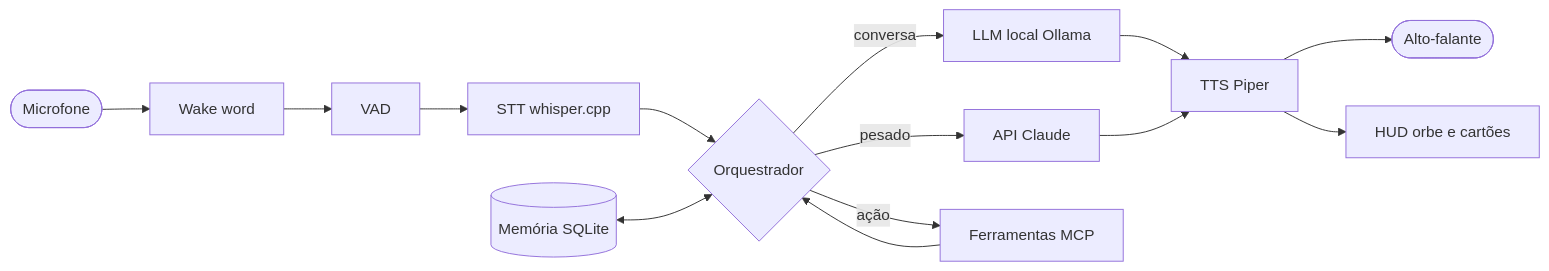
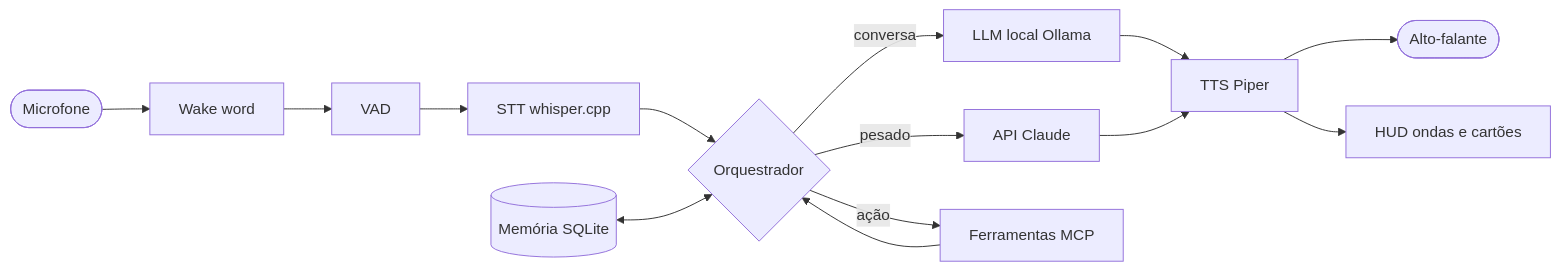
One commit to Gabitoprof/Nora changed the third of 4 diagrams in docs/MAPA_MENTAL.md. Above: the diagram before and after it, drawn with Mermaid. The commit also changed other lines of this file and 38 other files, not shown here.

````diff
--- a/docs/MAPA_MENTAL.md
+++ b/docs/MAPA_MENTAL.md
@@ -144,14 +146,14 @@
 ```mermaid
 flowchart LR
   mic(["Microfone"]) --> ww["Wake word"] --> vad["VAD"] --> stt["STT whisper.cpp"]
   stt --> orq{"Orquestrador"}
   orq -->|conversa| local["LLM local Ollama"]
   orq -->|pesado| api["API Claude"]
   orq -->|ação| mcp["Ferramentas MCP"]
   mem[("Memória SQLite")] <--> orq
   local --> tts["TTS Piper"]
   api --> tts
   mcp --> orq
   tts --> spk(["Alto-falante"])
-  tts --> hud["HUD orbe e cartões"]
+  tts --> hud["HUD ondas e cartões"]
 ```
````
